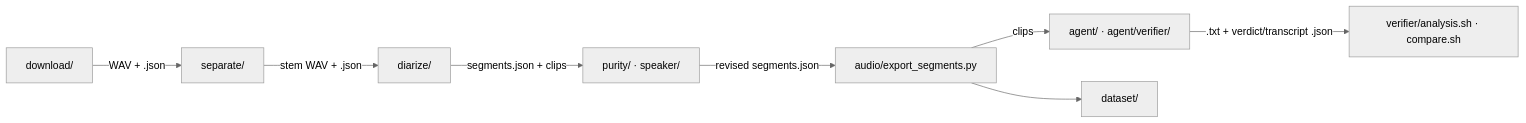
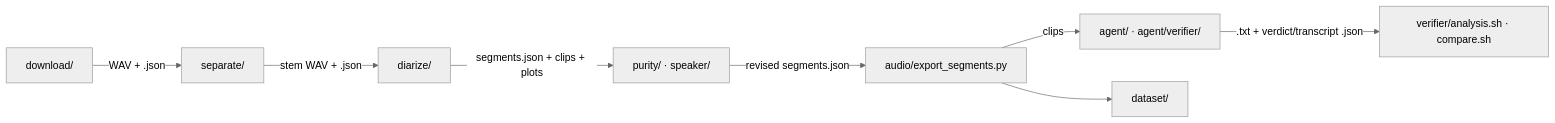
Before and after one commit to tungnguyenlam/audio-prepare-pipeline-redo: the diagram in docs/README.md, drawn with Mermaid (neutral theme). The commit also changed 11 other files, not shown here.

First line of the commit message:
feat(diarize): render timeline and cutoff plots for all runs

````diff
--- a/docs/README.md
+++ b/docs/README.md
@@ -17,10 +17,10 @@
 ```mermaid
 flowchart LR
     DL["download/"] -->|"WAV + .json"| SEP["separate/"]
     SEP -->|"stem WAV + .json"| DIA["diarize/"]
-    DIA -->|"segments.json + clips"| PUR["purity/ · speaker/"]
+    DIA -->|"segments.json + clips + plots"| PUR["purity/ · speaker/"]
     PUR -->|"revised segments.json"| EXP["audio/export_segments.py"]
     EXP -->|"clips"| AG["agent/ · agent/verifier/"]
     EXP --> DS["dataset/"]
     AG -->|".txt + verdict/transcript .json"| AN["verifier/analysis.sh · compare.sh"]
 ```
````
